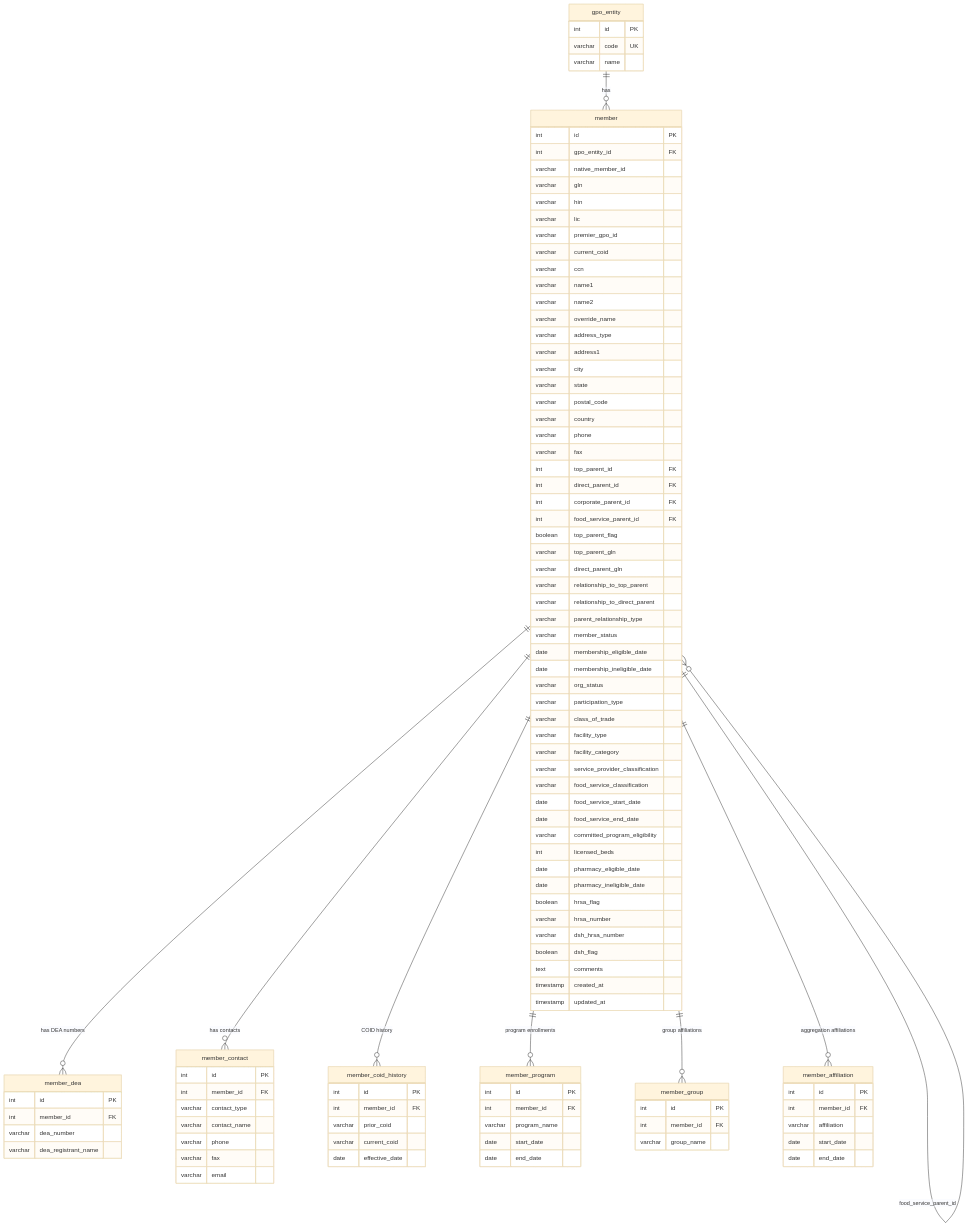
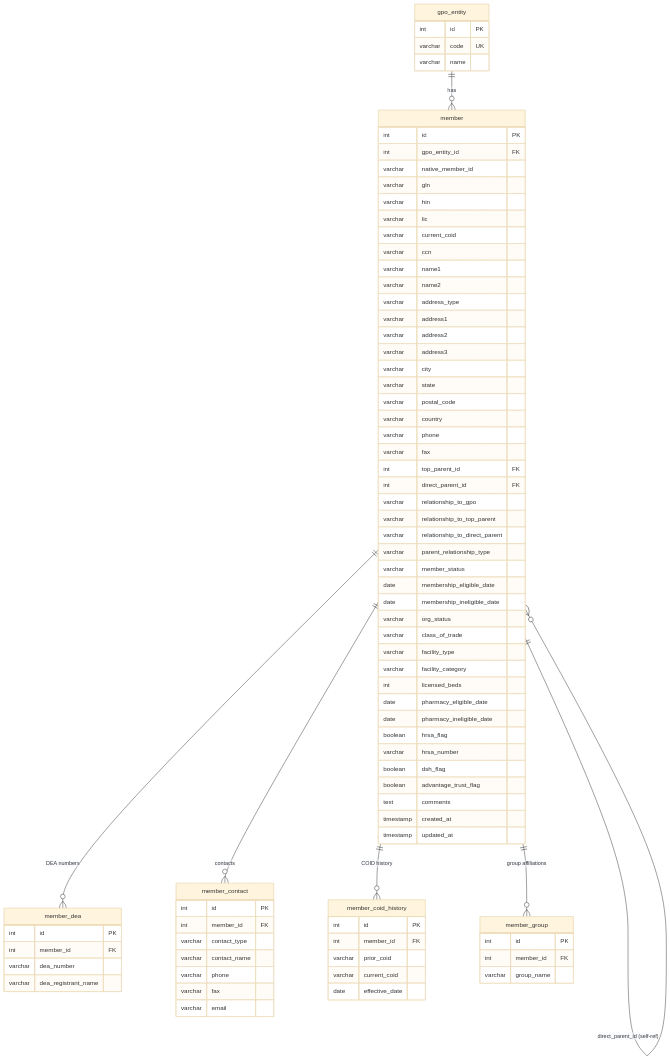
One commit to Slawal01/Slawal01 changed the diagram in data_model.md. Above: the diagram before and after it, drawn with Mermaid (base theme). The commit also changed other lines of this file and 1 other file, not shown here.

First line of the commit message:
Add remaining Premier columns: Address ID, Override Name, Committed Program Eligibility, Aggregation Affiliations 1/2/3 with dates

````diff
--- a/data_model.md
+++ b/data_model.md
@@ -15,14 +15,14 @@
         varchar gln
         varchar hin
         varchar lic
-        varchar premier_gpo_id
         varchar current_coid
         varchar ccn
         varchar name1
         varchar name2
-        varchar override_name
         varchar address_type
         varchar address1
+        varchar address2
+        varchar address3
         varchar city
         varchar state
         varchar postal_code
@@ -31,11 +31,7 @@
         varchar fax
         int top_parent_id FK
         int direct_parent_id FK
-        int corporate_parent_id FK
-        int food_service_parent_id FK
-        boolean top_parent_flag
-        varchar top_parent_gln
-        varchar direct_parent_gln
+        varchar relationship_to_gpo
         varchar relationship_to_top_parent
         varchar relationship_to_direct_parent
         varchar parent_relationship_type
@@ -43,22 +39,16 @@
         date membership_eligible_date
         date membership_ineligible_date
         varchar org_status
-        varchar participation_type
         varchar class_of_trade
         varchar facility_type
         varchar facility_category
-        varchar service_provider_classification
-        varchar food_service_classification
-        date food_service_start_date
-        date food_service_end_date
-        varchar committed_program_eligibility
         int licensed_beds
         date pharmacy_eligible_date
         date pharmacy_ineligible_date
         boolean hrsa_flag
         varchar hrsa_number
-        varchar dsh_hrsa_number
         boolean dsh_flag
+        boolean advantage_trust_flag
         text comments
         timestamp created_at
         timestamp updated_at
@@ -89,39 +79,17 @@
         date effective_date
     }
 
-    member_program {
-        int id PK
-        int member_id FK
-        varchar program_name
-        date start_date
-        date end_date
-    }
-
     member_group {
         int id PK
         int member_id FK
         varchar group_name
     }
 
-    member_affiliation {
-        int id PK
-        int member_id FK
-        varchar affiliation
-        date start_date
-        date end_date
-    }
-
     gpo_entity ||--o{ member : "has"
-
-    member ||--o{ member : "top_parent_id"
-    member ||--o{ member : "direct_parent_id"
-    member ||--o{ member : "corporate_parent_id"
-    member ||--o{ member : "food_service_parent_id"
-
-    member ||--o{ member_dea         : "has DEA numbers"
-    member ||--o{ member_contact     : "has contacts"
+    member ||--o{ member : "top_parent_id (self-ref)"
+    member ||--o{ member : "direct_parent_id (self-ref)"
+    member ||--o{ member_dea          : "DEA numbers"
+    member ||--o{ member_contact      : "contacts"
     member ||--o{ member_coid_history : "COID history"
-    member ||--o{ member_program     : "program enrollments"
-    member ||--o{ member_group       : "group affiliations"
-    member ||--o{ member_affiliation : "aggregation affiliations"
+    member ||--o{ member_group        : "group affiliations"
 ```
````
